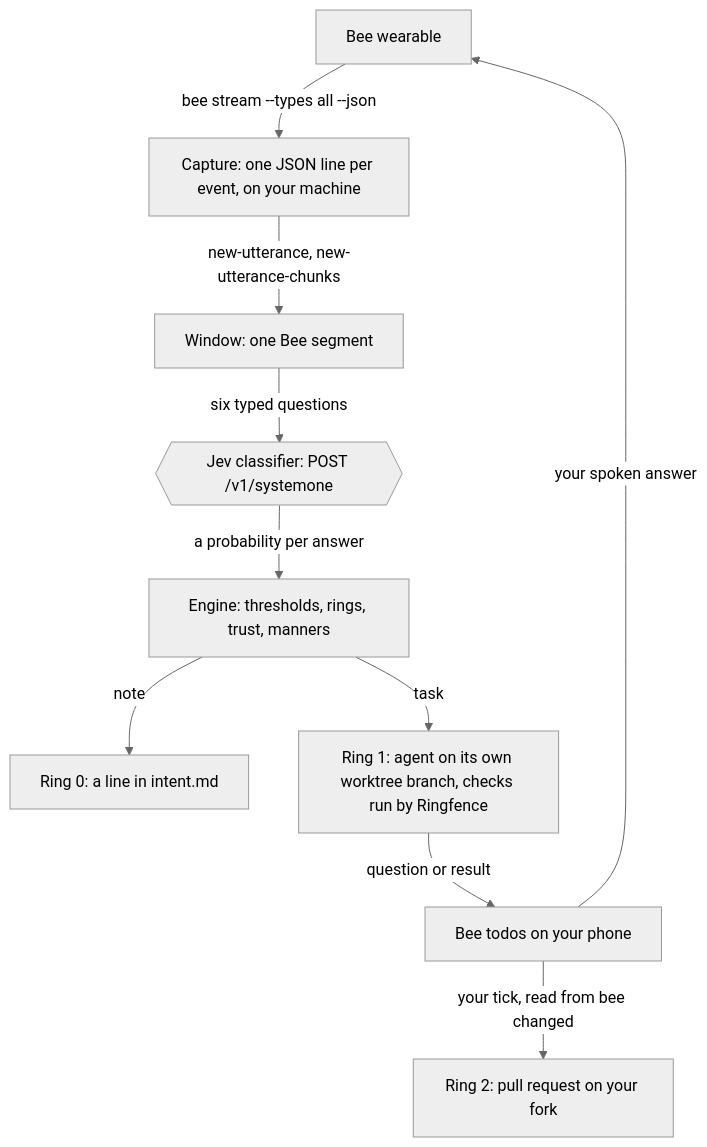
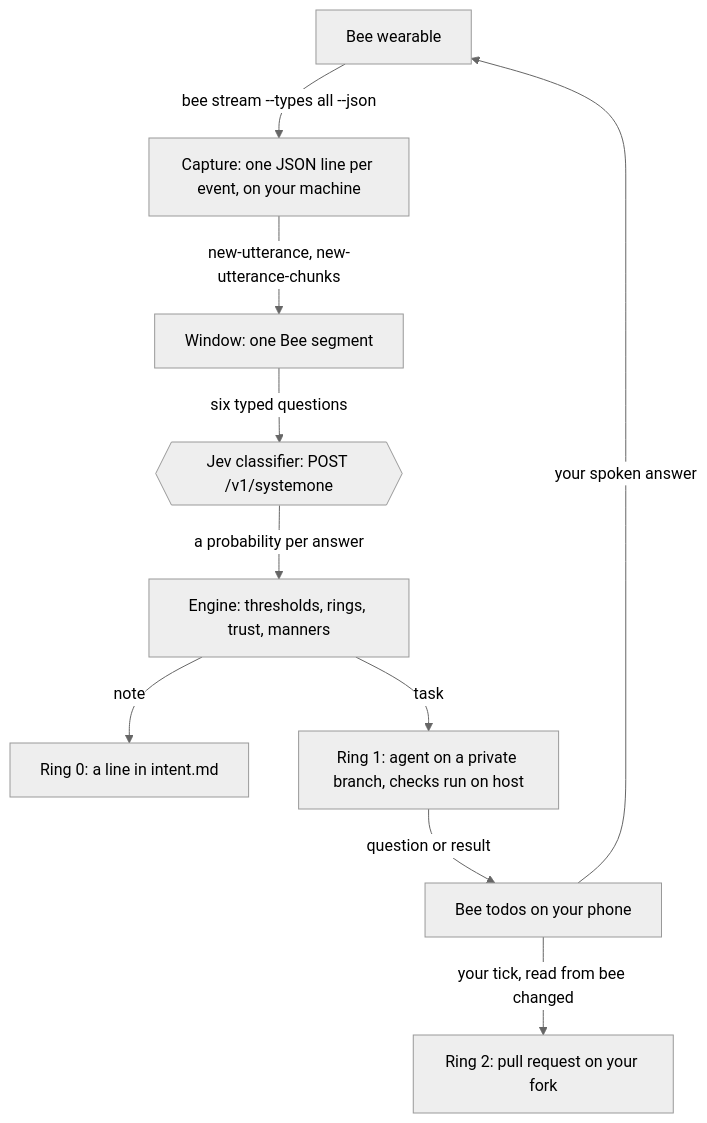
The diagram in README.md (harshpuri84/ringfence), drawn with Mermaid before and after one commit. The commit also changed other lines of this file and 26 other files, not shown here.

````diff
--- a/README.md
+++ b/README.md
@@ -44,13 +48,13 @@
 ```mermaid
 %%{init: {'theme': 'neutral'}}%%
 flowchart TD
   A[Bee wearable] -->|bee stream --types all --json| B[Capture: one JSON line per event, on your machine]
   B -->|new-utterance, new-utterance-chunks| C[Window: one Bee segment]
   C -->|six typed questions| J{{Jev classifier: POST /v1/systemone}}
   J -->|a probability per answer| E[Engine: thresholds, rings, trust, manners]
   E -->|note| R0[Ring 0: a line in intent.md]
-  E -->|task| R1[Ring 1: agent on its own worktree branch, checks run by Ringfence]
+  E -->|task| R1[Ring 1: agent on a private branch, checks run on host]
   R1 -->|question or result| T[Bee todos on your phone]
   T -->|your spoken answer| A
   T -->|your tick, read from bee changed| R2[Ring 2: pull request on your fork]
 ```
````
